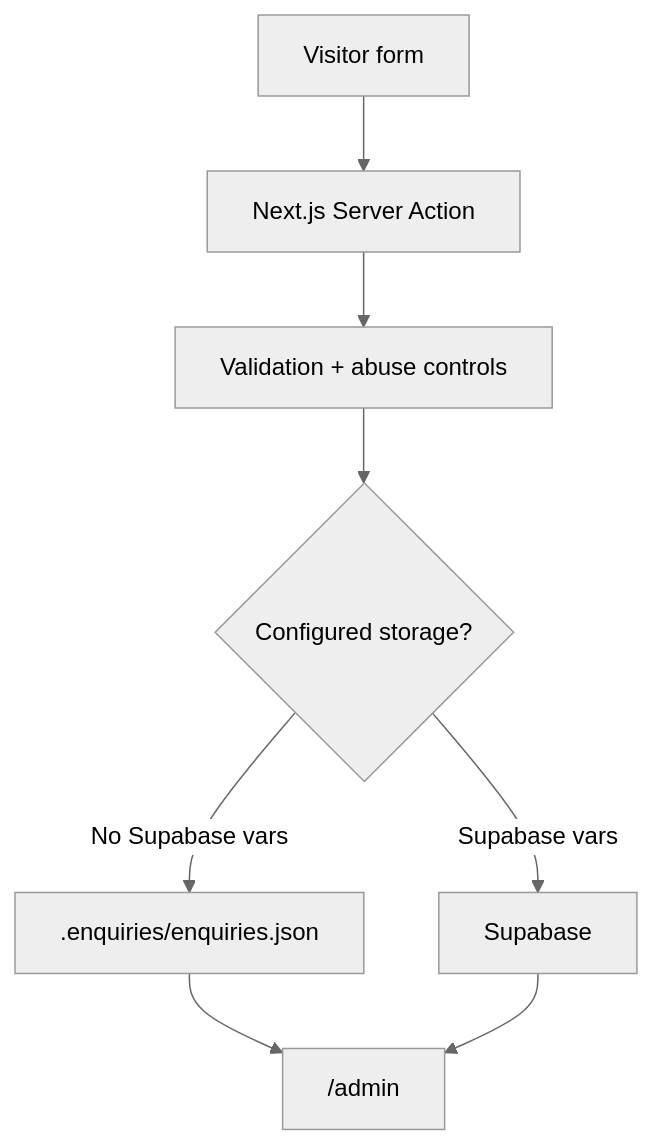
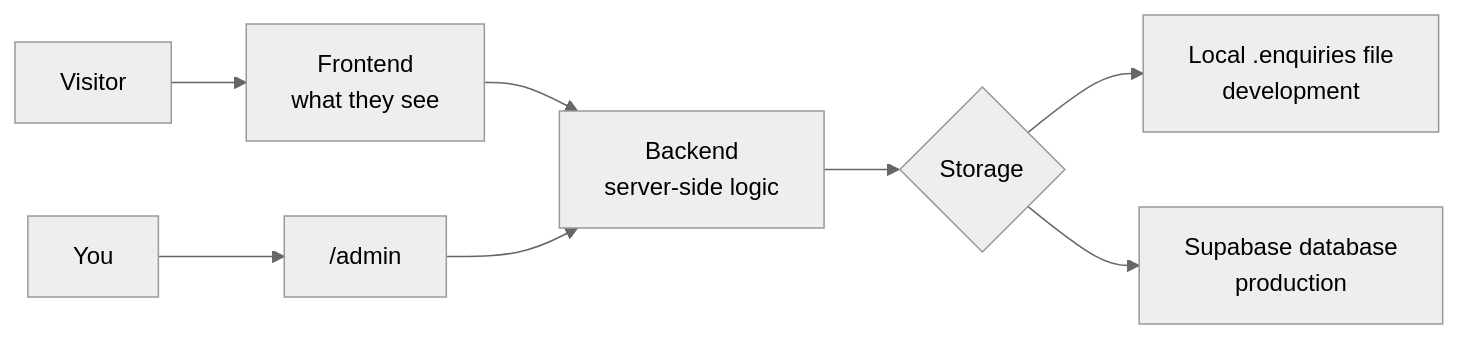
The diagram in tracks/06-backend-admin-and-data.md (mmoptibuilds-commits/portfolio-setup), drawn with Mermaid (neutral theme) before and after one commit. The commit also changed other lines of this file and 9 other files, not shown here.

````diff
--- a/tracks/06-backend-admin-and-data.md
+++ b/tracks/06-backend-admin-and-data.md
@@ -10,10 +10,10 @@
 ```mermaid
-flowchart TD
-    FORM["Visitor form"] --> ACTION["Next.js Server Action"]
-    ACTION --> VALIDATE["Validation + abuse controls"]
-    VALIDATE --> STORE{"Configured storage?"}
-    STORE -->|No Supabase vars| FILE[".enquiries/enquiries.json"]
-    STORE -->|Supabase vars| DB["Supabase"]
-    FILE --> ADMIN["/admin"]
-    DB --> ADMIN
+flowchart LR
+    V["Visitor"] --> F["Frontend<br/>what they see"]
+    F --> B["Backend<br/>server-side logic"]
+    B --> S{"Storage"}
+    S --> L["Local .enquiries file<br/>development"]
+    S --> D["Supabase database<br/>production"]
+    O["You"] --> A["/admin"]
+    A --> B
 ```
````
